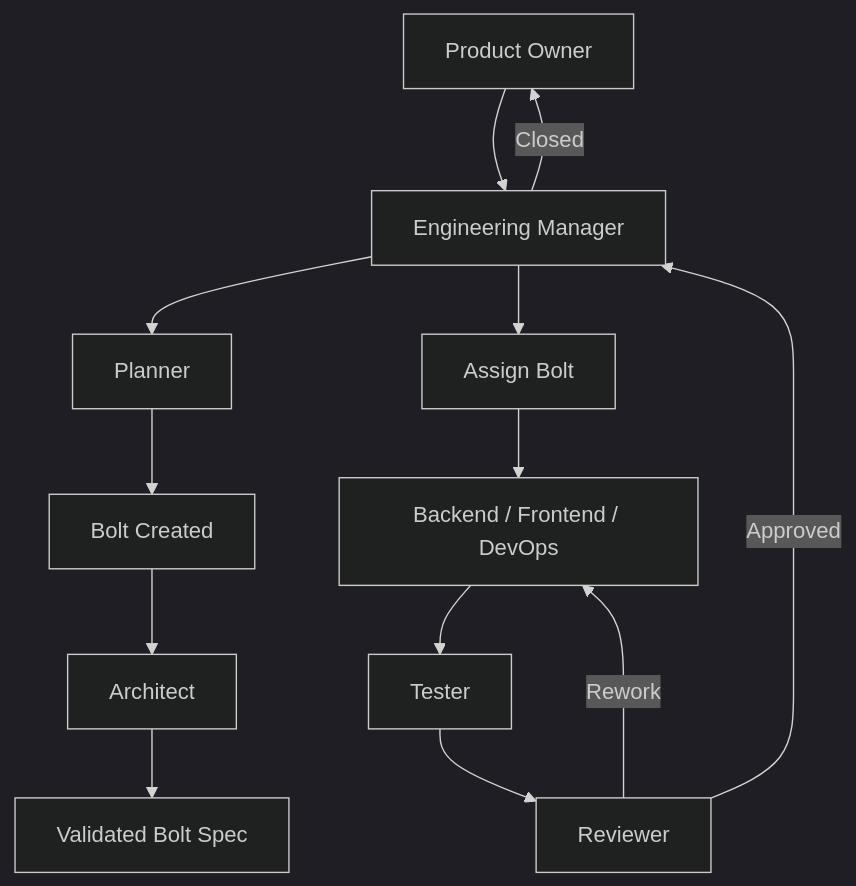
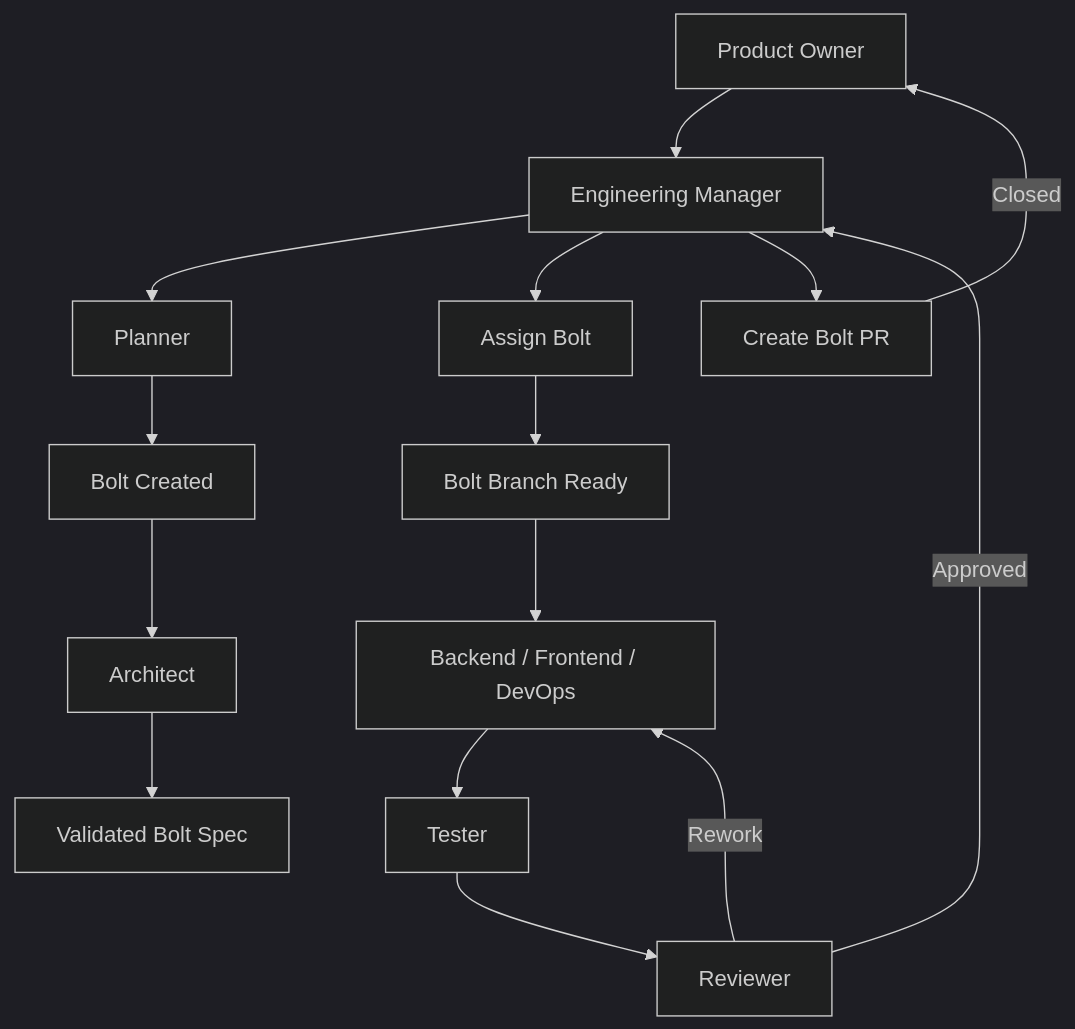
One commit to fr4gus/ai-engineering-framework-poc changed the first of 2 diagrams in docs/009-agent-workflow.md. Above: the diagram before and after it, drawn with Mermaid (dark theme). The commit also changed other lines of this file and 17 other files, not shown here.

````diff
--- a/docs/009-agent-workflow.md
+++ b/docs/009-agent-workflow.md
@@ -36,23 +36,25 @@
 ```mermaid
 flowchart TD
 
 PO[Product Owner] --> EM[Engineering Manager]
 
 EM --> PL[Planner]
 PL --> BOLT[Bolt Created]
 
 BOLT --> ARCH[Architect]
 ARCH --> BOLT_APPROVED[Validated Bolt Spec]
 
 EM --> ASSIGN[Assign Bolt]
 
-ASSIGN --> DEV[Backend / Frontend / DevOps]
+ASSIGN --> BRANCH[Bolt Branch Ready]
+BRANCH --> DEV[Backend / Frontend / DevOps]
 
 DEV --> TEST[Tester]
 TEST --> REVIEWER[Reviewer]
 
 REVIEWER -->|Approved| EM
 REVIEWER -->|Rework| DEV
 
-EM -->|Closed| PO
+EM --> PR[Create Bolt PR]
+PR -->|Closed| PO
 ```
````
